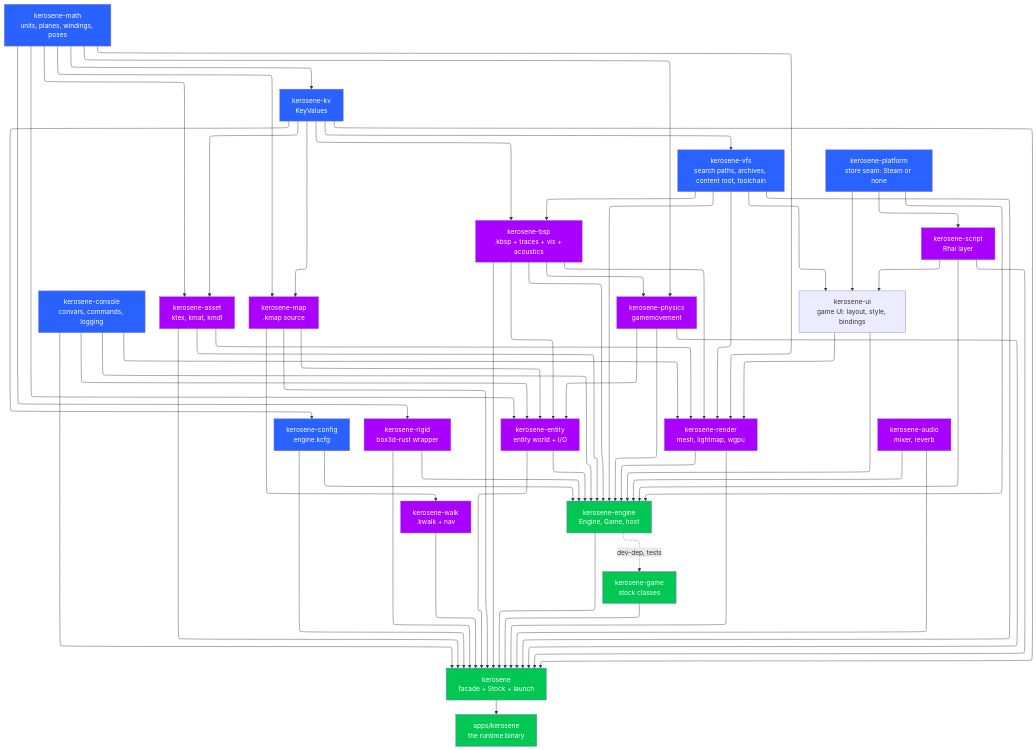
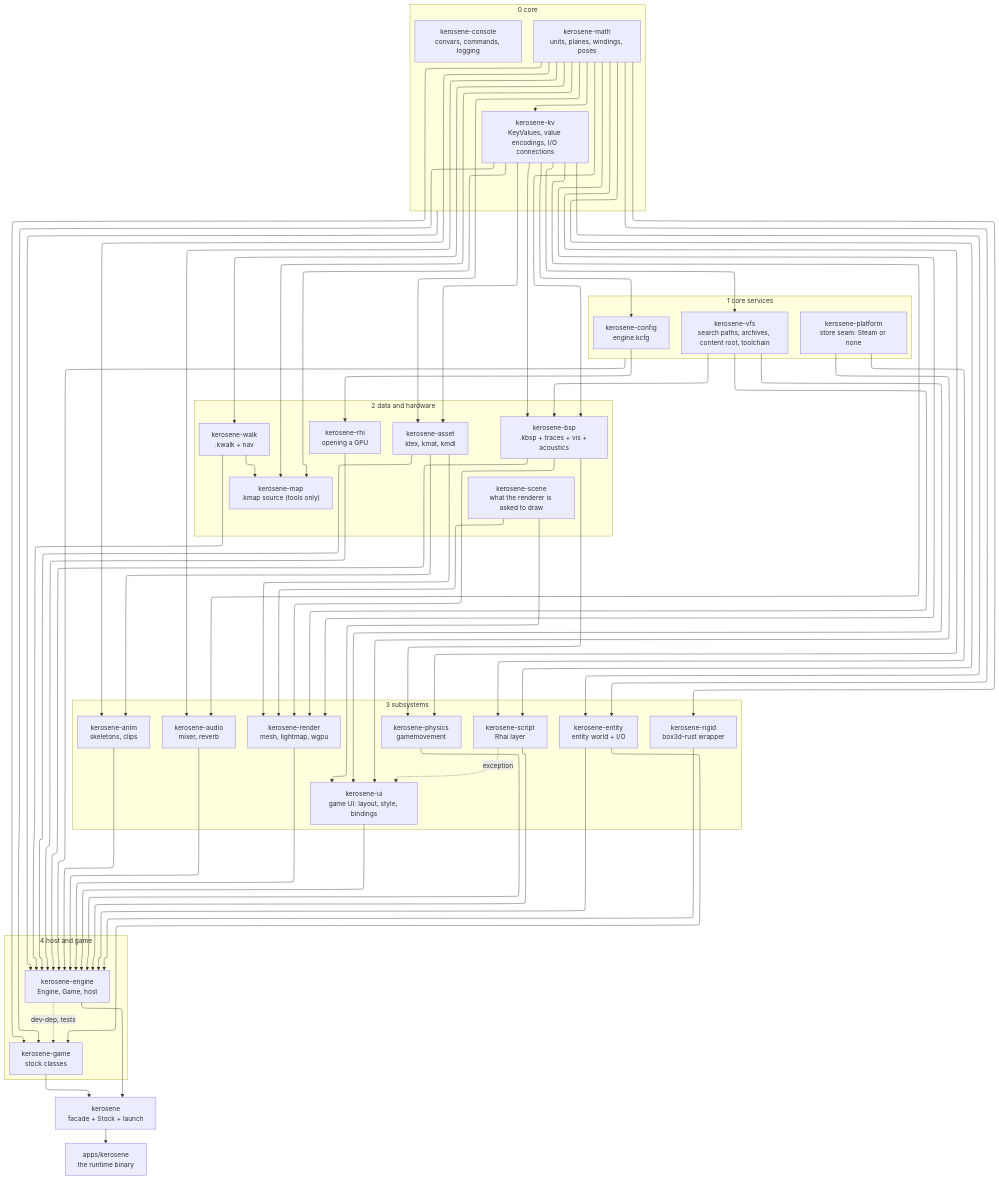
The first of 3 diagrams in src/devnotes/crate-map.md (T342guy/Kerosene), drawn with Mermaid before and after one commit. The commit also changed other lines of this file and 71 other files, not shown here.

First line of the commit message:
phase 0-1 of engine refactoring to better resemble source 2

````diff
--- a/src/devnotes/crate-map.md
+++ b/src/devnotes/crate-map.md
@@ -13,25 +33,38 @@
   layout: elk
 ---
 flowchart TB
-    math["kerosene-math<br/>units, planes, windings, poses"]
-    kv["kerosene-kv<br/>KeyValues"]
-    console["kerosene-console<br/>convars, commands, logging"]
-    config["kerosene-config<br/>engine.kcfg"]
-    vfs["kerosene-vfs<br/>search paths, archives, content root, toolchain"]
-    asset["kerosene-asset<br/>ktex, kmat, kmdl"]
-    map["kerosene-map<br/>.kmap source"]
-    bsp["kerosene-bsp<br/>.kbsp + traces + vis + acoustics"]
-    walk["kerosene-walk<br/>.kwalk + nav"]
-    physics["kerosene-physics<br/>gamemovement"]
-    rigid["kerosene-rigid<br/>box3d-rust wrapper"]
-    entity["kerosene-entity<br/>entity world + I/O"]
-    render["kerosene-render<br/>mesh, lightmap, wgpu"]
-    engine["kerosene-engine<br/>Engine, Game, host"]
-    game["kerosene-game<br/>stock classes"]
-    audio["kerosene-audio<br/>mixer, reverb"]
-    script["kerosene-script<br/>Rhai layer"]
-    ui["kerosene-ui<br/>game UI: layout, style, bindings"]
-    platform["kerosene-platform<br/>store seam: Steam or none"]
+    subgraph L0["0 core"]
+        math["kerosene-math<br/>units, planes, windings, poses"]
+        kv["kerosene-kv<br/>KeyValues, value encodings, I/O connections"]
+        console["kerosene-console<br/>convars, commands, logging"]
+    end
+    subgraph L1["1 core services"]
+        config["kerosene-config<br/>engine.kcfg"]
+        vfs["kerosene-vfs<br/>search paths, archives, content root, toolchain"]
+        platform["kerosene-platform<br/>store seam: Steam or none"]
+    end
+    subgraph L2["2 data and hardware"]
+        asset["kerosene-asset<br/>ktex, kmat, kmdl"]
+        bsp["kerosene-bsp<br/>.kbsp + traces + vis + acoustics"]
+        walk["kerosene-walk<br/>.kwalk + nav"]
+        map["kerosene-map<br/>.kmap source (tools only)"]
+        scene["kerosene-scene<br/>what the renderer is asked to draw"]
+        rhi["kerosene-rhi<br/>opening a GPU"]
+    end
+    subgraph L3["3 subsystems"]
+        render["kerosene-render<br/>mesh, lightmap, wgpu"]
+        physics["kerosene-physics<br/>gamemovement"]
+        rigid["kerosene-rigid<br/>box3d-rust wrapper"]
+        anim["kerosene-anim<br/>skeletons, clips"]
+        audio["kerosene-audio<br/>mixer, reverb"]
+        entity["kerosene-entity<br/>entity world + I/O"]
+        script["kerosene-script<br/>Rhai layer"]
+        ui["kerosene-ui<br/>game UI: layout, style, bindings"]
+    end
+    subgraph L4["4 host and game"]
+        engine["kerosene-engine<br/>Engine, Game, host"]
+        game["kerosene-game<br/>stock classes"]
+    end
     facade["kerosene<br/>facade + Stock + launch"]
     runtime["apps/kerosene<br/>the runtime binary"]
 
@@ -40,66 +73,53 @@
     kv --> vfs
     math --> asset
     kv --> asset
+    math --> bsp
+    kv --> bsp
+    vfs --> bsp
+    math --> walk
     math --> map
     kv --> map
-    kv --> bsp
-    vfs --> bsp
-    map --> walk
+    walk --> map
+    config --> rhi
+    math --> anim
+    asset --> anim
+    math --> audio
+    kv --> audio
     math --> physics
     bsp --> physics
     math --> rigid
     math --> entity
-    bsp --> entity
-    map --> entity
-    physics --> entity
-    console --> entity
+    kv --> entity
     math --> render
+    asset --> render
     bsp --> render
-    asset --> render
     vfs --> render
-    console --> render
+    scene --> render
+    math --> script
+    platform --> script
+    script -. "exception" .-> ui
+    platform --> ui
+    scene --> ui
+    vfs --> ui
+    math --> game
+    kv --> game
+    entity --> game
+    L0 --> engine
+    L1 --> engine
+    anim --> engine
     asset --> engine
+    audio --> engine
     bsp --> engine
-    vfs --> engine
-    console --> engine
-    config --> engine
     entity --> engine
     physics --> engine
+    render --> engine
+    rhi --> engine
     rigid --> engine
-    render --> engine
-    audio --> engine
     script --> engine
-    script --> ui
-    platform --> script
-    platform --> ui
-    platform --> engine
-    vfs --> ui
-    ui --> render
     ui --> engine
+    walk --> engine
     engine -. "dev-dep, tests" .-> game
     engine --> facade
     game --> facade
-    entity --> facade
-    console --> facade
-    vfs --> facade
-    map --> facade
-    bsp --> facade
-    script --> facade
-    audio --> facade
-    render --> facade
-    physics --> facade
-    rigid --> facade
-    config --> facade
-    kv --> facade
-    asset --> facade
-    walk --> facade
     facade --> runtime
-
-    classDef base fill:#2962FF,color:#fff
-    classDef mid fill:#AA00FF,color:#fff
-    classDef runtimeC fill:#00C853,color:#fff
-    class math,kv,console,config,vfs base
-    class platform base
-    class asset,map,bsp,walk,physics,rigid,entity,render,audio,script mid
-    class engine,game,facade,runtime runtimeC
 ```
````
